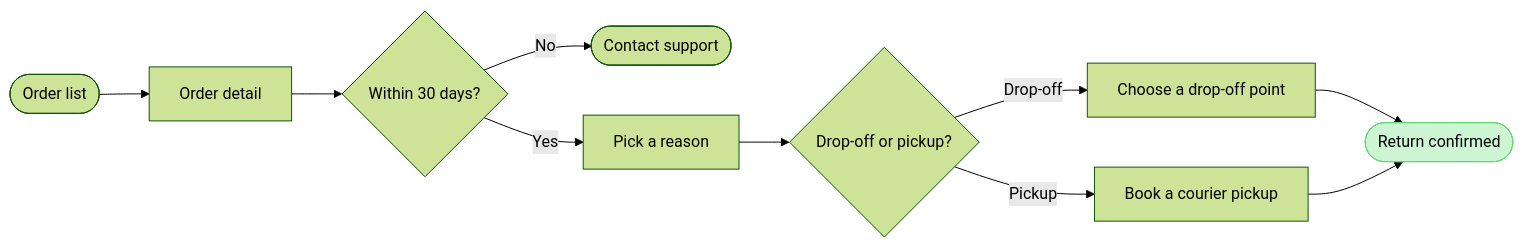
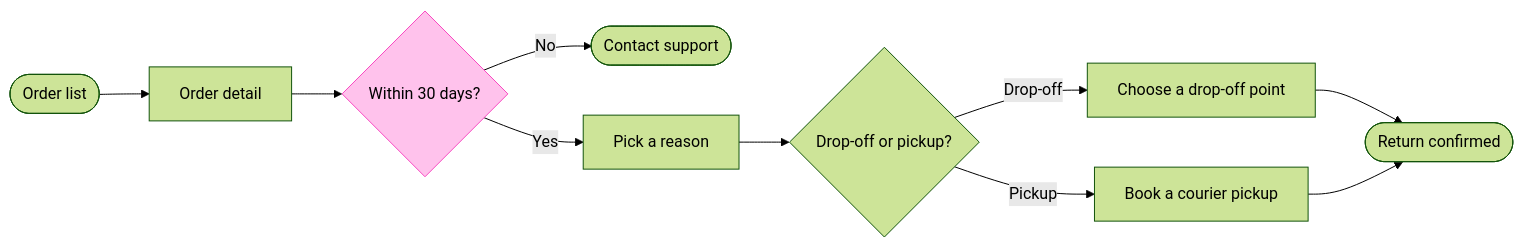
Before and after one commit to MichelKerkmeester/product-owner_create-tickets-and-stories: the diagram in sk-create-figjam/assets/examples/user-flow-fernhouse-return.md, drawn with Mermaid (forest theme). The commit also changed other lines of this file and 51 other files, not shown here.

````diff
--- a/sk-create-figjam/assets/examples/user-flow-fernhouse-return.md
+++ b/sk-create-figjam/assets/examples/user-flow-fernhouse-return.md
@@ -90,19 +91,20 @@
 ```mermaid
 flowchart LR
+    %% goal: confirmed
     %% title: Start a return
     %% subtitle: How a Fernhouse customer starts a return in the app, from the order list to a confirmed return
     %% source: Sources: five app screenshots and the returns doc. Left out: a free pickup over €100, a proposal under review.
     %% zone: Find the order: orders, detail
     %% zone: Request the return: window, support, reason, method, dropoff, pickup
     %% zone: Done: confirmed
     orders([Order list]) --> detail[Order detail]
     detail --> window{Within 30 days?}
     window -->|No| support([Contact support])
     window -->|Yes| reason[Pick a reason]
     reason --> method{Drop-off or pickup?}
     method -->|Drop-off| dropoff[Choose a drop-off point]
     method -->|Pickup| pickup[Book a courier pickup]
     dropoff --> confirmed([Return confirmed])
     pickup --> confirmed
-    style confirmed fill:#CDF4D3,stroke:#66D575
+    style window fill:#FFC2EC,stroke:#F849C1
 ```
````
